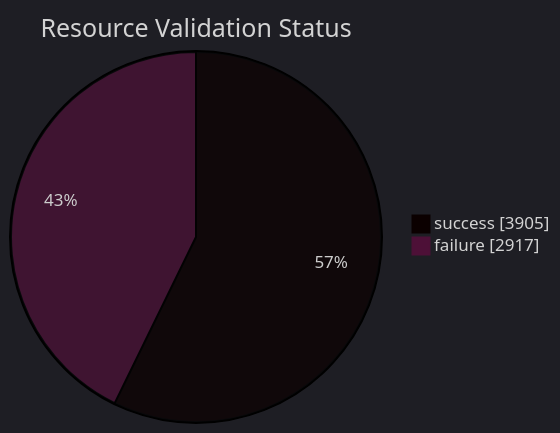
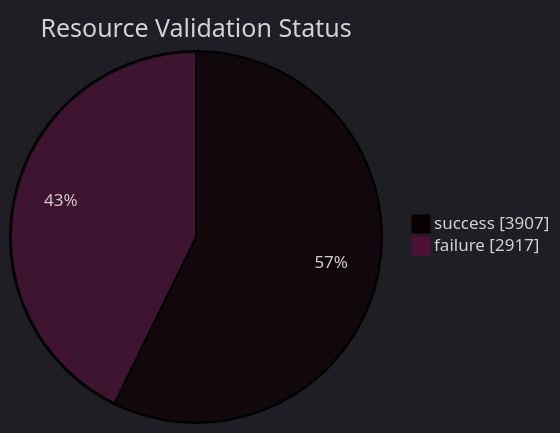
Before and after one commit to open-data/analytics-corporate-reporting: the diagram in datastore_tracker/resource_validation_status_pie_chart.md, drawn with Mermaid. The commit also changed 9 other files, not shown here.

````diff
--- a/datastore_tracker/resource_validation_status_pie_chart.md
+++ b/datastore_tracker/resource_validation_status_pie_chart.md
@@ -2,9 +2,9 @@
 ```mermaid
 ---
 config:
   theme: dark
 ---
 pie showData title Resource Validation Status
-    "success": 3905
+    "success": 3907
     "failure": 2917
 ```
````
